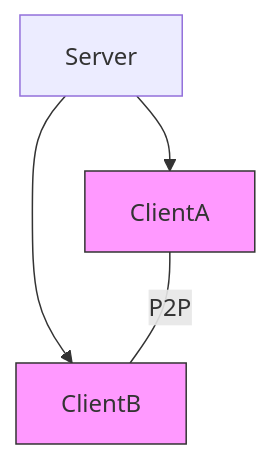
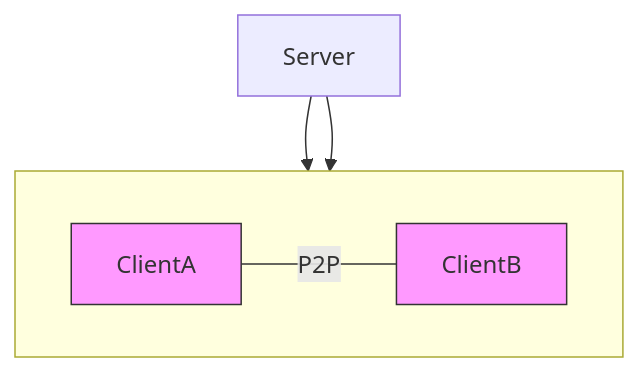
Before and after one commit to luciamarst/Hybrid-CS-P2P-Server: the diagram in README.md, drawn with Mermaid.

Commit message:
Enhance README with Clients subgraph
Added a subgraph to illustrate ClientA and ClientB relationship.

````diff
--- a/README.md
+++ b/README.md
@@ -28,10 +28,16 @@
 ```mermaid
 graph TD
     Server --> ClientA
     Server --> ClientB
     ClientA ---|P2P| ClientB
 
   %% Forzar que ClientA y ClientB estén en el mismo nivel
     classDef sameLevel fill:#f9f,stroke:#333,stroke-width:1px;
     class ClientA,ClientB sameLevel;
+
+subgraph Clients[ ]
+        direction LR
+        ClientA
+        ClientB
+    end
 ```
````
